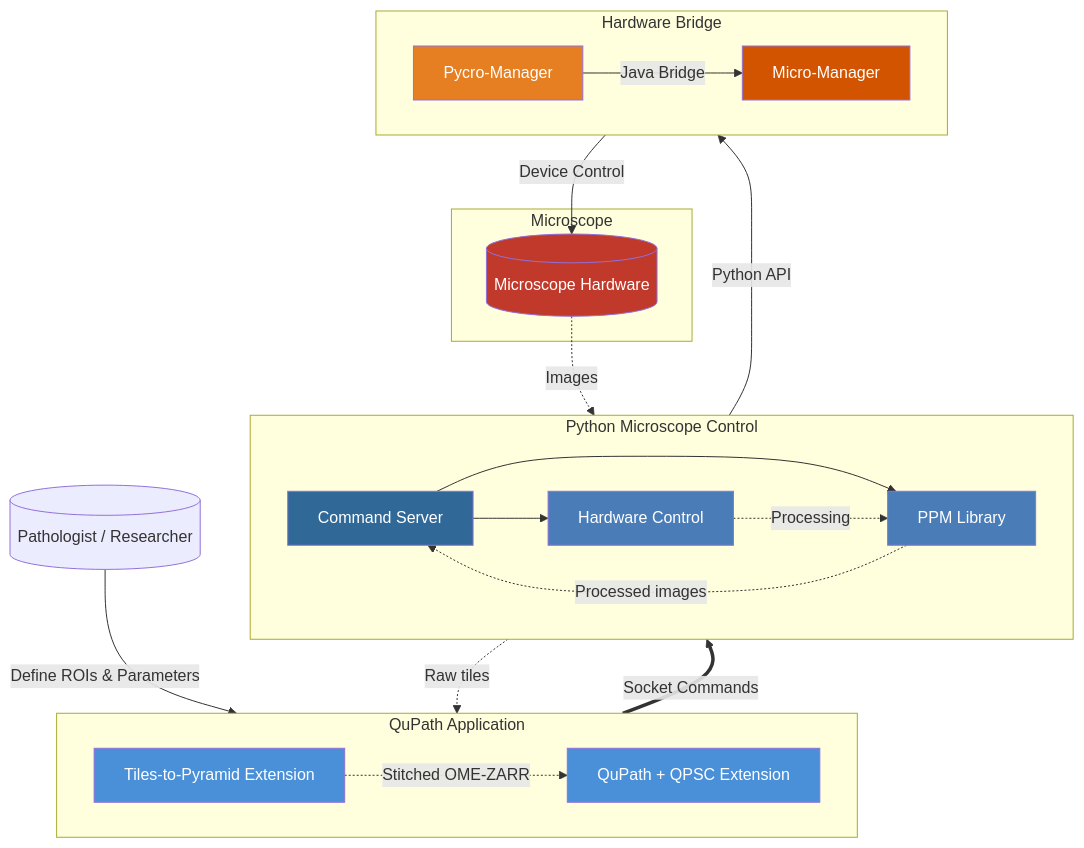
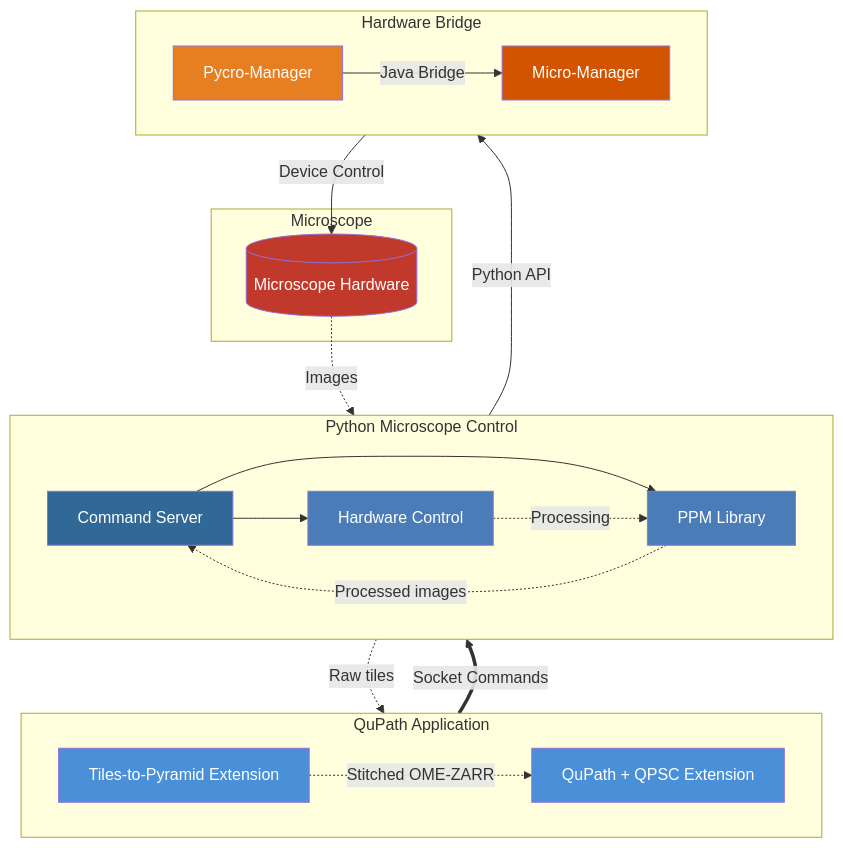
Before and after one commit to uw-loci/QPSC: the first of 3 diagrams in README.md, drawn with Mermaid.

Commit message:
Remove Pathologist node to fix arrow obscuring QuPath Application label

````diff
--- a/README.md
+++ b/README.md
@@ -19,58 +19,55 @@
 ```mermaid
 flowchart TB
-    U[("Pathologist / Researcher")]
-
     subgraph QuPath["QuPath Application"]
         direction LR
         QP["QuPath + QPSC Extension"]
         T2P["Tiles-to-Pyramid Extension"]
     end
 
     subgraph Python["Python Microscope Control"]
         direction LR
         SRV["Command Server"]
         CTRL["Hardware Control"]
         PPM["PPM Library"]
     end
 
     subgraph Bridge["Hardware Bridge"]
         direction LR
         PM["Pycro-Manager"]
         MM["Micro-Manager"]
     end
 
     subgraph Hardware["Microscope"]
         HW[("Microscope Hardware")]
     end
 
-    U -->|"Define ROIs & Parameters"| QP
     QP ==>|"Socket Commands"| SRV
     SRV --> CTRL
     SRV --> PPM
     CTRL -->|"Python API"| PM
     PM -->|"Java Bridge"| MM
     MM -->|"Device Control"| HW
 
     HW -.->|"Images"| CTRL
     CTRL -.->|"Processing"| PPM
     PPM -.->|"Processed images"| SRV
     SRV -.->|"Raw tiles"| T2P
     T2P -.->|"Stitched OME-ZARR"| QP
 
     style QP fill:#4A90D9,color:#fff
     style T2P fill:#4A90D9,color:#fff
     style SRV fill:#306998,color:#fff
     style CTRL fill:#4A7DB8,color:#fff
     style PPM fill:#4A7DB8,color:#fff
     style PM fill:#E67E22,color:#fff
     style MM fill:#D35400,color:#fff
     style HW fill:#C0392B,color:#fff
 
     click QP "https://github.com/uw-loci/qupath-extension-qpsc" "QPSC Extension Repository"
     click T2P "https://github.com/uw-loci/qupath-extension-tiles-to-pyramid" "Tiles-to-Pyramid Extension Repository"
     click SRV "https://github.com/uw-loci/microscope_command_server" "Command Server Repository"
     click CTRL "https://github.com/uw-loci/microscope_control" "Hardware Control Repository"
     click PPM "https://github.com/uw-loci/ppm_library" "PPM Library Repository"
     click PM "https://pycro-manager.readthedocs.io/" "Pycro-Manager Documentation"
     click MM "https://micro-manager.org/" "Micro-Manager Website"
 ```
````
